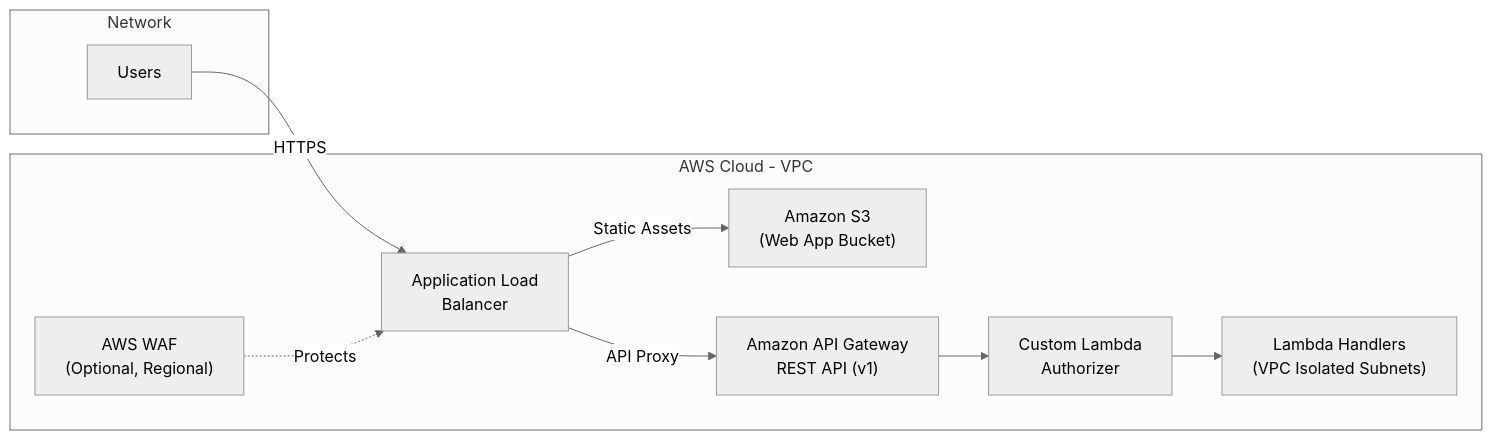
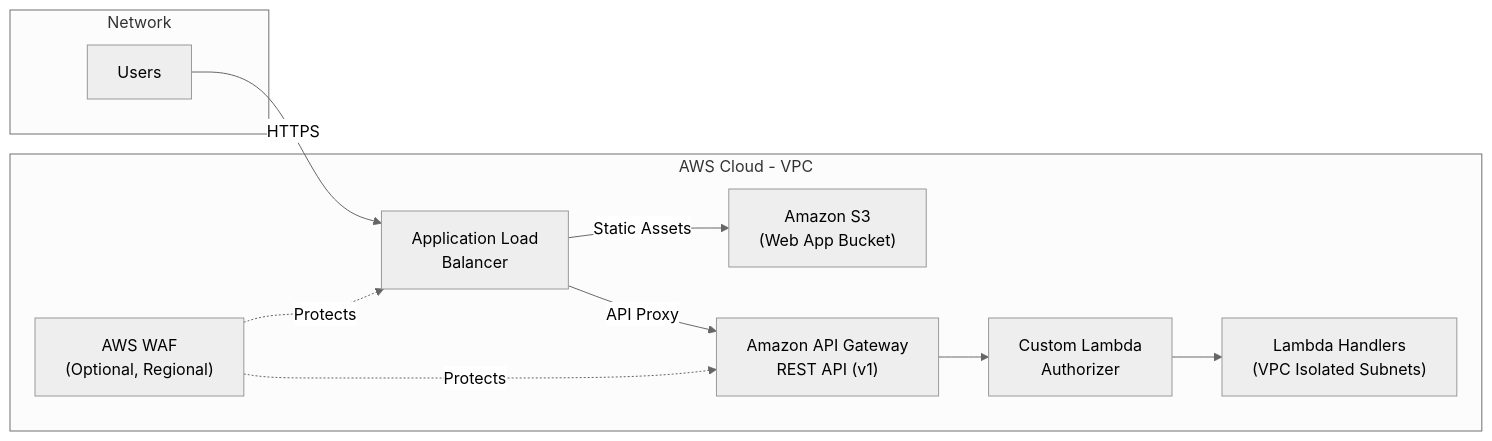
One commit to awslabs/visual-asset-management-system changed the second of 3 diagrams in documentation/docusaurus-site/docs/architecture/networking.md. Above: the diagram before and after it, drawn with Mermaid (neutral theme). The commit also changed other lines of this file and 70 other files, not shown here.

````diff
--- a/documentation/docusaurus-site/docs/architecture/networking.md
+++ b/documentation/docusaurus-site/docs/architecture/networking.md
@@ -48,22 +50,23 @@
 ```mermaid
 graph LR
     subgraph Network
         USER["Users"]
     end
 
     subgraph AWS Cloud - VPC
         ALB["Application Load<br/>Balancer"]
         WAF["AWS WAF<br/>(Optional, Regional)"]
         S3W["Amazon S3<br/>(Web App Bucket)"]
         APIGW["Amazon API Gateway<br/>REST API (v1)"]
         AUTH["Custom Lambda<br/>Authorizer"]
         HANDLERS["Lambda Handlers<br/>(VPC Isolated Subnets)"]
     end
 
     USER -->|HTTPS| ALB
     WAF -.->|Protects| ALB
+    WAF -.->|Protects| APIGW
     ALB -->|Static Assets| S3W
     ALB -->|API Proxy| APIGW
     APIGW --> AUTH
     AUTH --> HANDLERS
 ```
````
